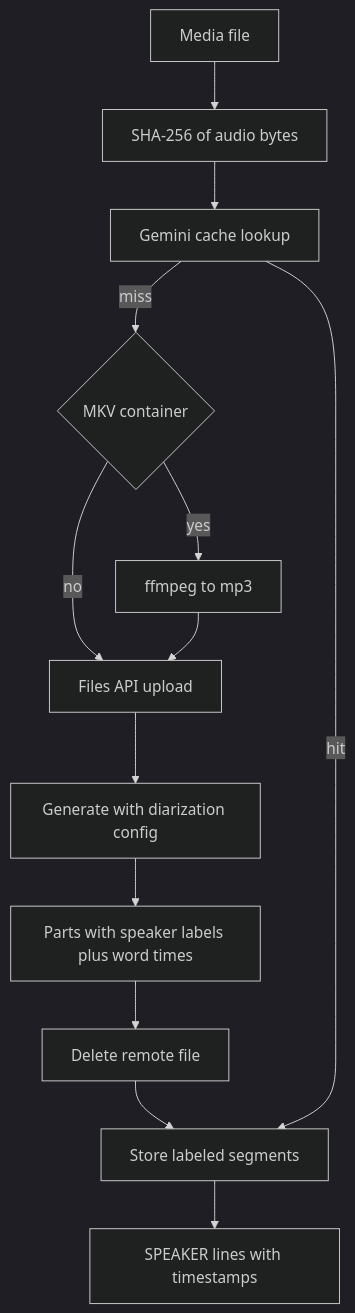
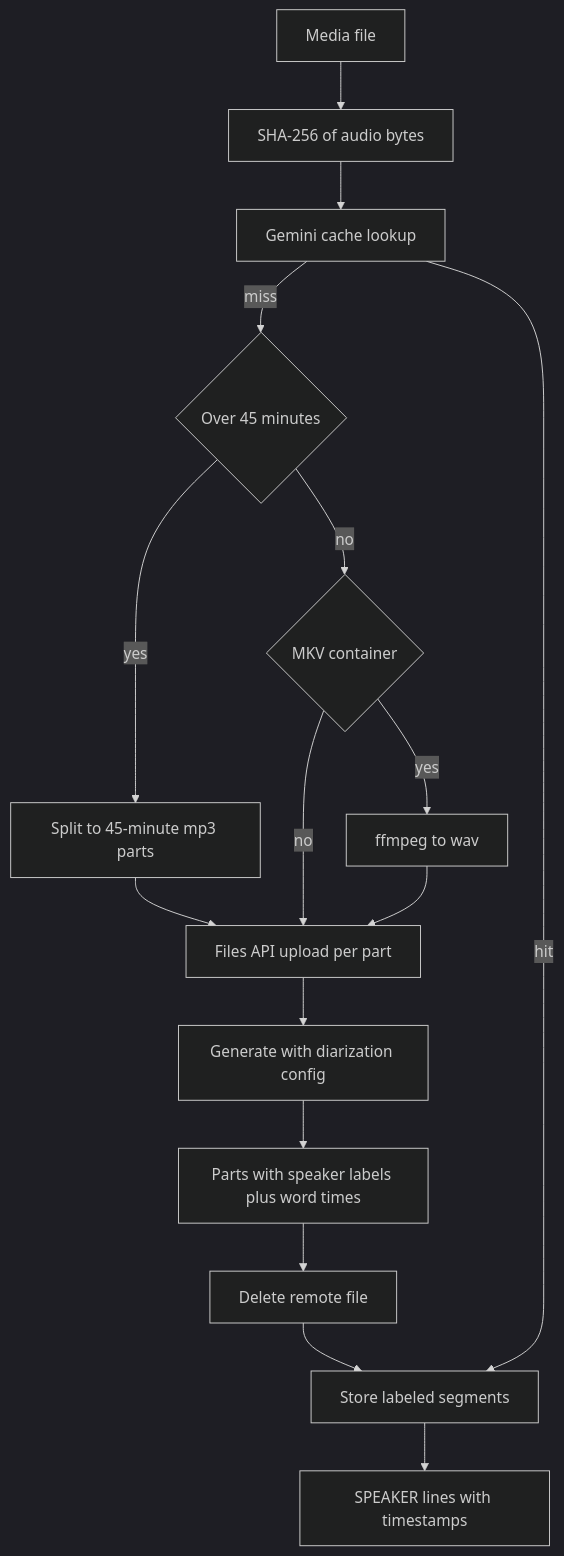
One commit to signalpillar/dotfiles changed the third of 5 diagrams in proj/audio-transcribe/docs/how-it-works.md. Above: the diagram before and after it, drawn with Mermaid (dark theme). The commit also changed 6 other files, not shown here.

````diff
--- a/proj/audio-transcribe/docs/how-it-works.md
+++ b/proj/audio-transcribe/docs/how-it-works.md
@@ -70,15 +70,18 @@
 ```mermaid
 flowchart TD
     media2[Media file] --> hash2[SHA-256 of audio bytes]
     hash2 --> gkey[Gemini cache lookup]
-    gkey -->|miss| mkv{MKV container}
-    mkv -->|yes| mp3[ffmpeg to mp3]
-    mkv -->|no| upload[Files API upload]
-    mp3 --> upload
+    gkey -->|miss| budget{Over 45 minutes}
+    budget -->|yes| chunks[Split to 45-minute mp3 parts]
+    budget -->|no| mkv{MKV container}
+    chunks --> upload[Files API upload per part]
+    mkv -->|yes| wav2[ffmpeg to wav]
+    mkv -->|no| upload
+    wav2 --> upload
     upload --> gen[Generate with diarization config]
     gen --> parts[Parts with speaker labels plus word times]
     parts --> del[Delete remote file]
     del --> store2[Store labeled segments]
     gkey -->|hit| store2
     store2 --> lines2[SPEAKER lines with timestamps]
 ```
````
